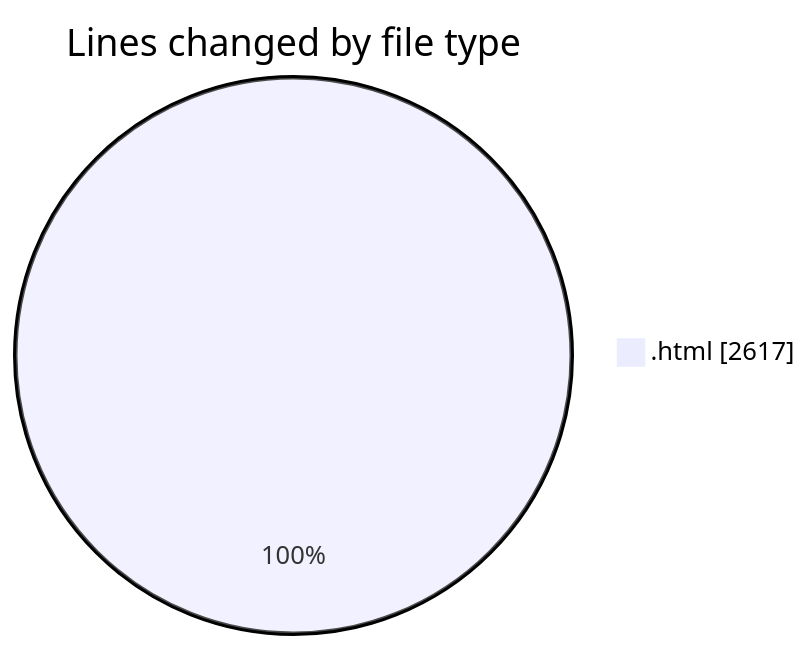
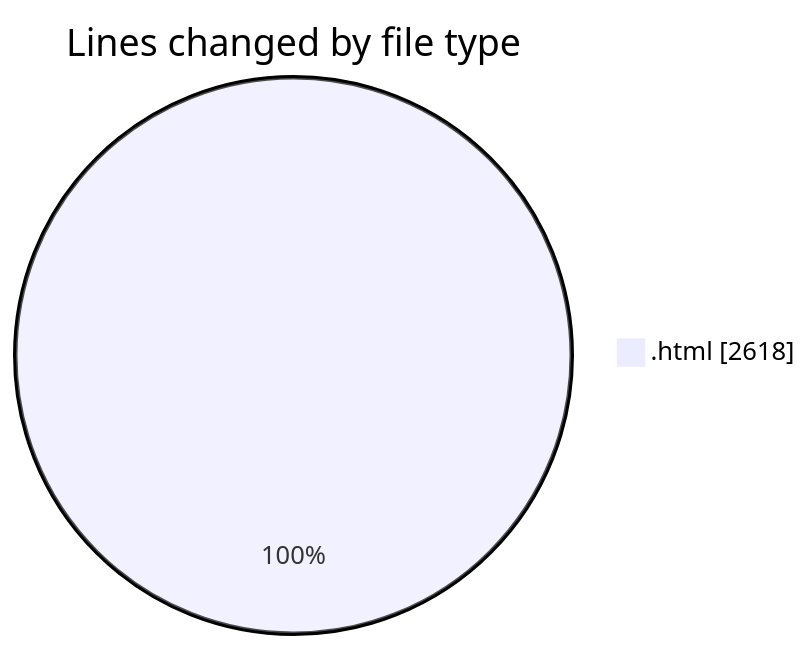
Before and after one commit to nxtqubesakshisongat/code-tracking: the first of 2 diagrams in 2025-08-08/nxtqube_webapp/README.md, drawn with Mermaid. The commit also changed other lines of this file and 1 other file, not shown here.

````diff
--- a/2025-08-08/nxtqube_webapp/README.md
+++ b/2025-08-08/nxtqube_webapp/README.md
@@ -20,5 +20,5 @@
 ```mermaid
 pie showData
 title Lines changed by file type
-".html" : 2617
+".html" : 2618
 ```
````
